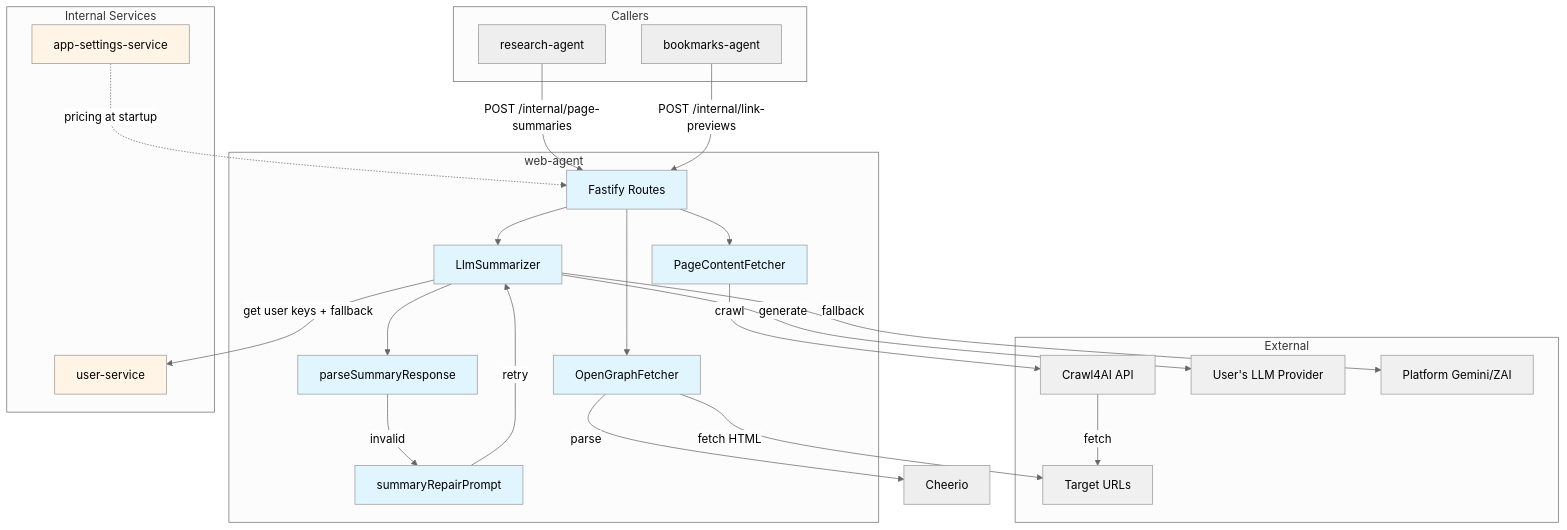
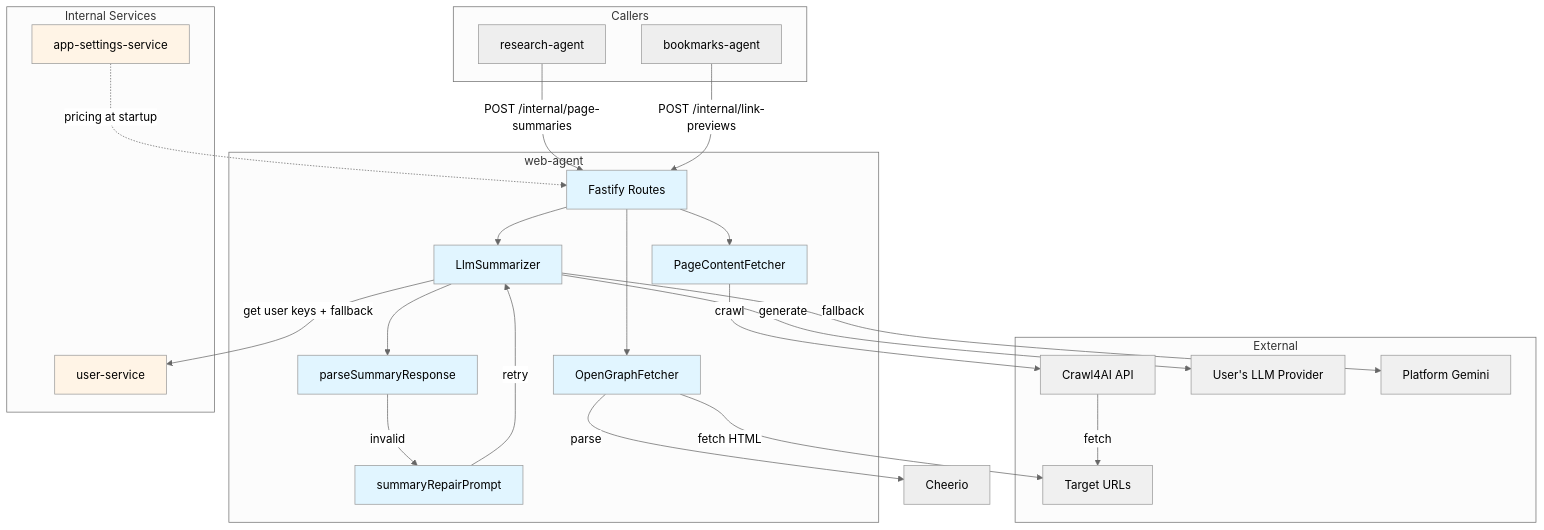
The first of 2 diagrams in docs/services/web-agent/technical.md (pbuchman/intexuraos), drawn with Mermaid (neutral theme) before and after one commit. The commit also changed other lines of this file and 124 other files, not shown here.

````diff
--- a/docs/services/web-agent/technical.md
+++ b/docs/services/web-agent/technical.md
@@ -11,58 +11,58 @@
 ```mermaid
 graph TB
     subgraph "Callers"
         RA[research-agent]
         BA[bookmarks-agent]
     end
 
     subgraph "web-agent"
         Routes[Fastify Routes]
         PCF[PageContentFetcher]
         LLM[LlmSummarizer]
         OGF[OpenGraphFetcher]
         Parser[parseSummaryResponse]
         Repair[summaryRepairPrompt]
     end
 
     subgraph "External"
         C4AI[Crawl4AI API]
         UserLLM[User's LLM Provider]
-        PlatformLLM[Platform Gemini/ZAI]
+        PlatformLLM[Platform Gemini]
         Target[Target URLs]
     end
 
     subgraph "Internal Services"
         US[user-service]
         AS[app-settings-service]
     end
 
     RA -->|POST /internal/page-summaries| Routes
     BA -->|POST /internal/link-previews| Routes
 
     Routes --> PCF
     Routes --> OGF
 
     PCF -->|crawl| C4AI
     C4AI -->|fetch| Target
 
     Routes --> LLM
     LLM -->|get user keys + fallback| US
     LLM -->|generate| UserLLM
     LLM -->|fallback| PlatformLLM
     LLM --> Parser
     Parser -->|invalid| Repair
     Repair -->|retry| LLM
 
     OGF -->|fetch HTML| Target
     OGF -->|parse| Cheerio[Cheerio]
 
     AS -.->|pricing at startup| Routes
 
     classDef service fill:#e1f5ff
     classDef external fill:#f0f0f0
     classDef internal fill:#fff4e6
 
     class Routes,PCF,LLM,OGF,Parser,Repair service
     class C4AI,UserLLM,PlatformLLM,Target external
     class US,AS internal
 ```
````
